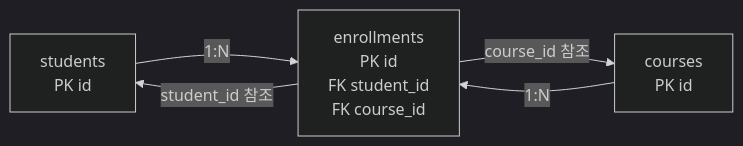
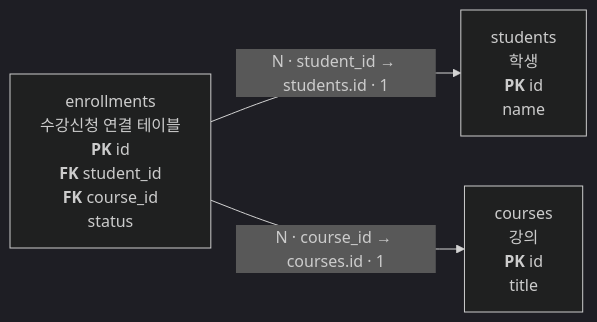
Before and after one commit to GilbertMoon/ai-database-book: the diagram in images/chapter02/ch02_04_foreign_key_relationship.mmd, drawn with Mermaid (dark theme).

Commit message:
Sync Chapter 02 foreign key Mermaid source

```diff
--- a/images/chapter02/ch02_04_foreign_key_relationship.mmd
+++ b/images/chapter02/ch02_04_foreign_key_relationship.mmd
@@ -1,8 +1,9 @@
+%% Chapter 02 외래키 관계 미리보기
+%% 각 관계는 FK에서 참조되는 PK로 향하는 하나의 선으로만 표현한다.
 flowchart LR
-    S[students<br/>PK id]
-    E[enrollments<br/>PK id<br/>FK student_id<br/>FK course_id]
-    C[courses<br/>PK id]
-    E -- student_id 참조 --> S
-    E -- course_id 참조 --> C
-    S -- 1:N --> E
-    C -- 1:N --> E
+    S["students<br/>학생<br/><b>PK</b> id<br/>name"]
+    E["enrollments<br/>수강신청 연결 테이블<br/><b>PK</b> id<br/><b>FK</b> student_id<br/><b>FK</b> course_id<br/>status"]
+    C["courses<br/>강의<br/><b>PK</b> id<br/>title"]
+
+    E -- "N · student_id → students.id · 1" --> S
+    E -- "N · course_id → courses.id · 1" --> C
```
